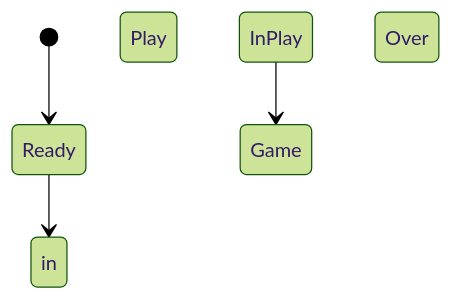
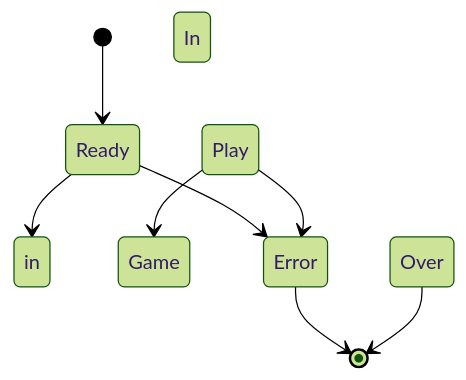
The fifth of 5 diagrams in README.md (Luke3470/DesignPaternsUni), drawn with Mermaid (forest theme) before and after one commit.

Commit message:
Player Graph Done

````diff
--- a/README.md
+++ b/README.md
@@ -183,6 +183,10 @@
 ```mermaid
 stateDiagram-v2
     [*] --> Ready
     Ready --> in Play
-    InPlay --> Game Over
+    In Play --> Game Over
+    Ready --> Error
+    In Play --> Error
+    Error --> [*]
+    Game Over --> [*]
 ```
````
